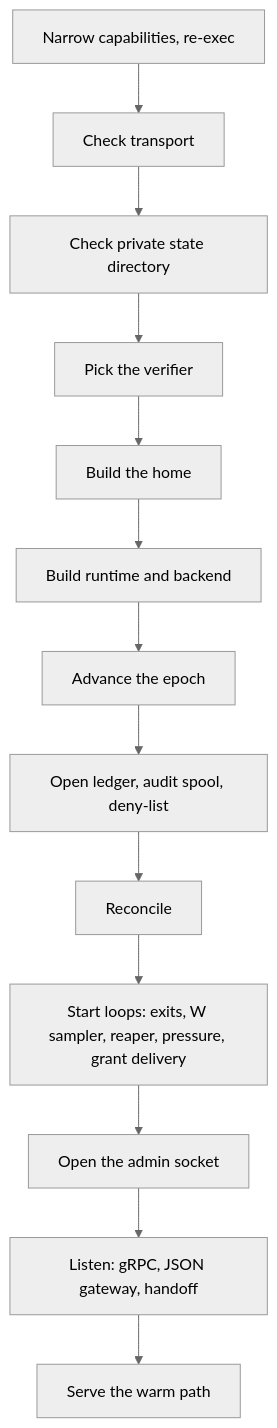
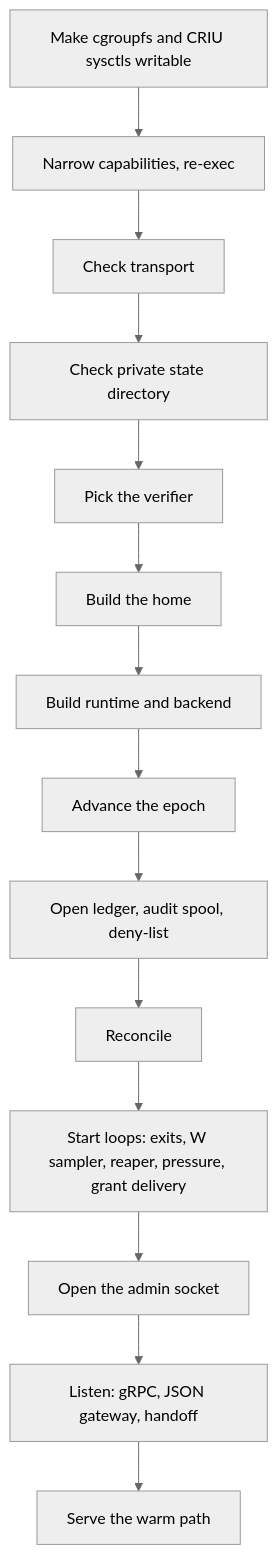
One commit to helayoty/fiberd changed the diagram in docs/design/fiberd.md. Above: the diagram before and after it, drawn with Mermaid (neutral theme). The commit also changed other lines of this file and 83 other files, not shown here.

````diff
--- a/docs/design/fiberd.md
+++ b/docs/design/fiberd.md
@@ -11,15 +11,16 @@
 ```mermaid
 flowchart TD
-  N[Narrow capabilities, re-exec] --> T[Check transport]
+  M[Make cgroupfs and CRIU sysctls writable] --> N[Narrow capabilities, re-exec]
+  N --> T[Check transport]
   T --> P[Check private state directory]
   P --> V[Pick the verifier]
   V --> H[Build the home]
   H --> R[Build runtime and backend]
   R --> E[Advance the epoch]
   E --> L[Open ledger, audit spool, deny-list]
   L --> C[Reconcile]
   C --> B[Start loops: exits, W sampler, reaper, pressure, grant delivery]
   B --> AD[Open the admin socket]
   AD --> S[Listen: gRPC, JSON gateway, handoff]
   S --> W[Serve the warm path]
 ```
````
